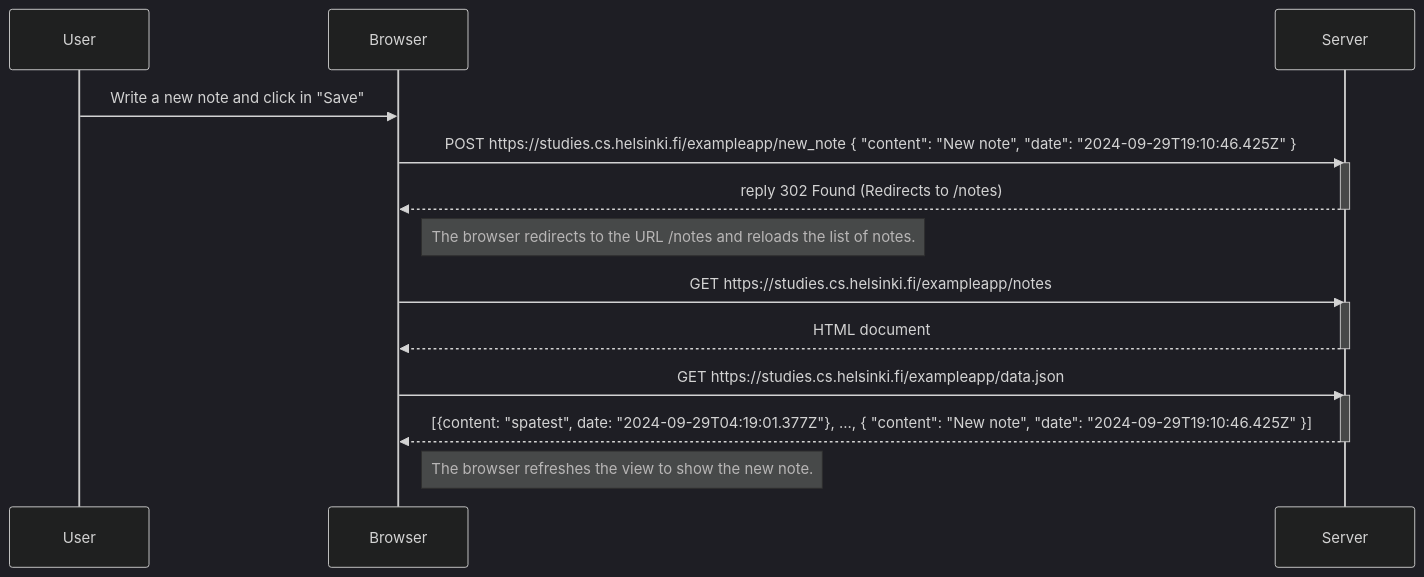
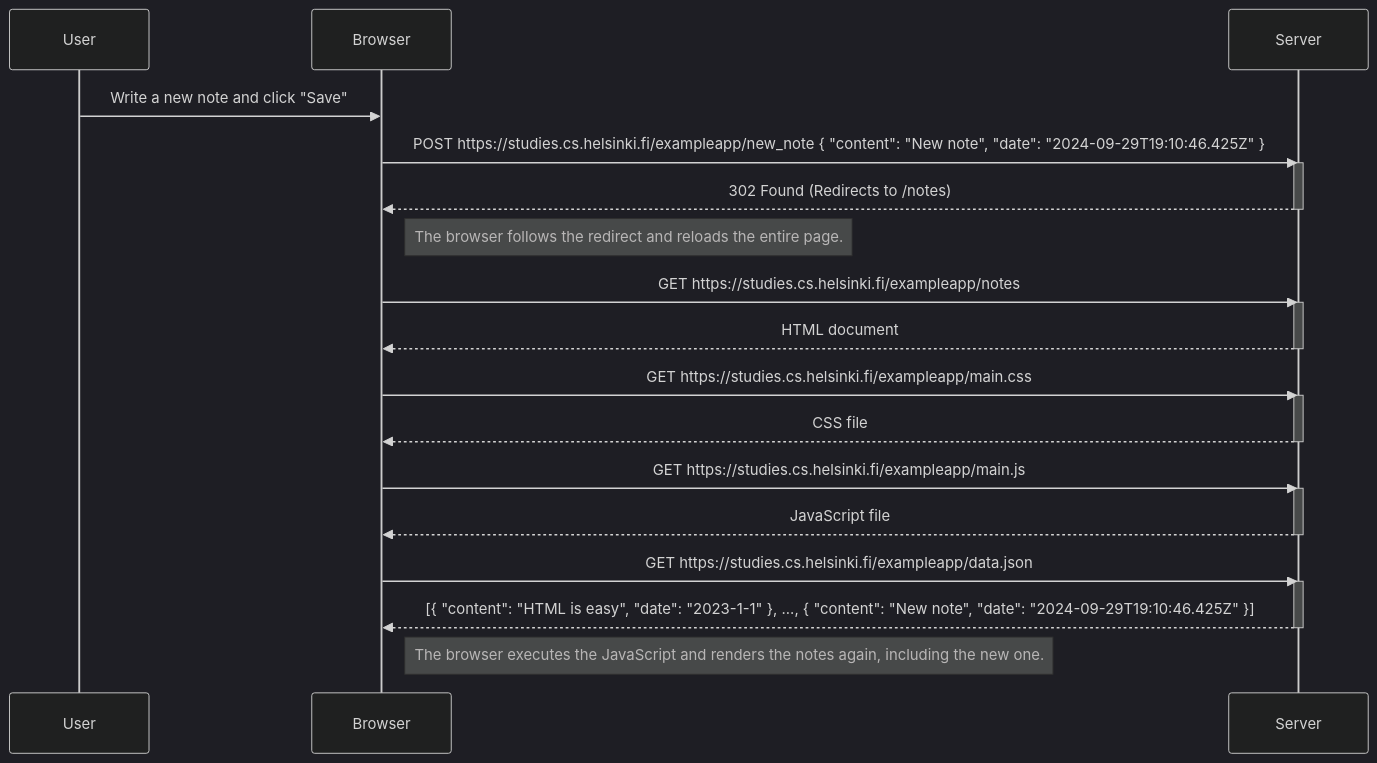
The diagram in Part0/0.4_New_diagram_of_notes/NoteCreation.md (camazog1/Full-Stack---Open-University), drawn with Mermaid (dark theme) before and after one commit. The commit also changed 1 other file, not shown here.

Commit message:
0.4 New note diagram

````diff
--- a/Part0/0.4_New_diagram_of_notes/NoteCreation.md
+++ b/Part0/0.4_New_diagram_of_notes/NoteCreation.md
@@ -1,26 +1,36 @@
 ```mermaid
 sequenceDiagram
     participant User
     participant Browser
     participant Server
 
-    User->>Browser: Write a new note and click in "Save"
+    User->>Browser: Write a new note and click "Save"
     Browser->>Server: POST https://studies.cs.helsinki.fi/exampleapp/new_note { "content": "New note", "date": "2024-09-29T19:10:46.425Z" }
     activate Server
-    Server-->>Browser: reply 302 Found (Redirects to /notes)
+    Server-->>Browser: 302 Found (Redirects to /notes)
     deactivate Server
 
-    Note right of Browser: The browser redirects to the URL /notes and reloads the list of notes.
+    Note right of Browser: The browser follows the redirect and reloads the entire page.
 
     Browser->>Server: GET https://studies.cs.helsinki.fi/exampleapp/notes
     activate Server
     Server-->>Browser: HTML document
     deactivate Server
 
+    Browser->>Server: GET https://studies.cs.helsinki.fi/exampleapp/main.css
+    activate Server
+    Server-->>Browser: CSS file
+    deactivate Server
+
+    Browser->>Server: GET https://studies.cs.helsinki.fi/exampleapp/main.js
+    activate Server
+    Server-->>Browser: JavaScript file
+    deactivate Server
+
     Browser->>Server: GET https://studies.cs.helsinki.fi/exampleapp/data.json
     activate Server
-    Server-->>Browser: [{content: "spatest", date: "2024-09-29T04:19:01.377Z"}, ..., { "content": "New note", "date": "2024-09-29T19:10:46.425Z" }]
+    Server-->>Browser: [{ "content": "HTML is easy", "date": "2023-1-1" }, ..., { "content": "New note", "date": "2024-09-29T19:10:46.425Z" }]
     deactivate Server
 
-    Note right of Browser: The browser refreshes the view to show the new note.
+    Note right of Browser: The browser executes the JavaScript and renders the notes again, including the new one.
 ```
````
